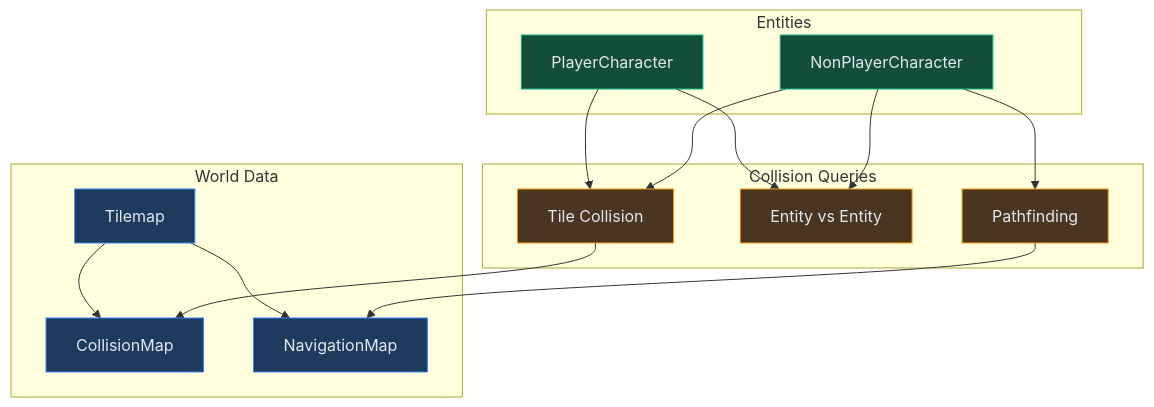
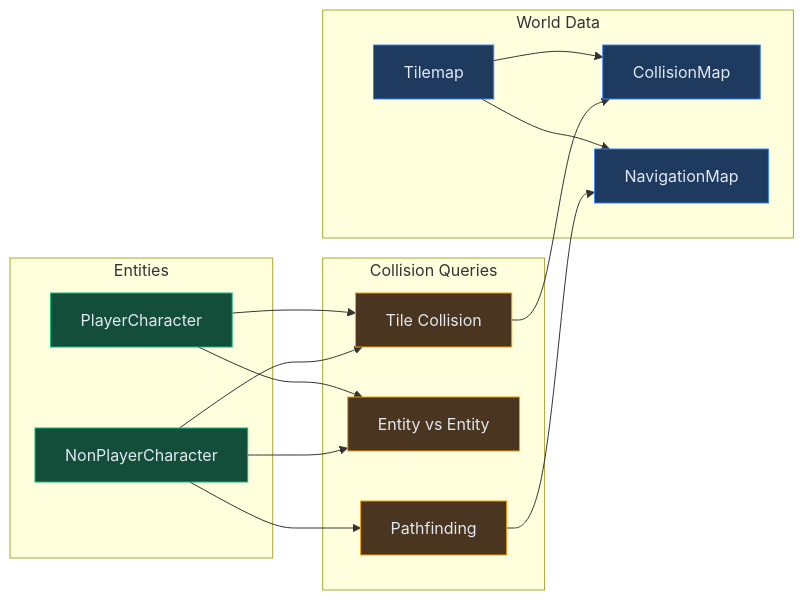
The first of 4 diagrams in docs/COLLISION.md (baaz777/rift), drawn with Mermaid before and after one commit. The commit also changed 38 other files, not shown here.

```diff
--- a/docs/COLLISION.md
+++ b/docs/COLLISION.md
@@ -8,33 +8,33 @@
 <pre class="mermaid">
-graph TB
+graph LR
     classDef map fill:#1e3a5f,stroke:#3b82f6,color:#e2e8f0
     classDef entity fill:#134e3a,stroke:#10b981,color:#e2e8f0
     classDef query fill:#4a3520,stroke:#f59e0b,color:#e2e8f0
 
     subgraph World["World Data"]
         Tilemap["Tilemap"]:::map
         Collision["CollisionMap"]:::map
         Navigation["NavigationMap"]:::map
     end
 
     subgraph Entities["Entities"]
         Player["PlayerCharacter"]:::entity
         NPC["NonPlayerCharacter"]:::entity
     end
 
     subgraph Queries["Collision Queries"]
         Tile["Tile Collision"]:::query
         Entity["Entity vs Entity"]:::query
         Path["Pathfinding"]:::query
     end
 
     Tilemap --> Collision
     Tilemap --> Navigation
     Player --> Tile
     NPC --> Tile
     Player --> Entity
     NPC --> Entity
     NPC --> Path
     Tile --> Collision
     Path --> Navigation
 </pre>
```
